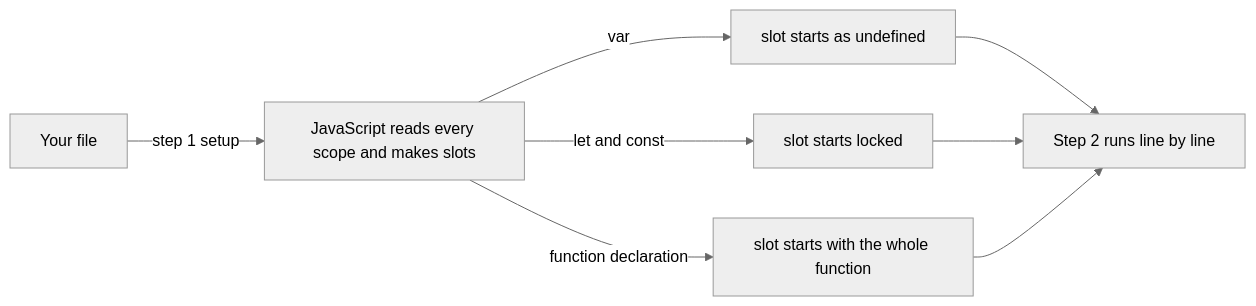
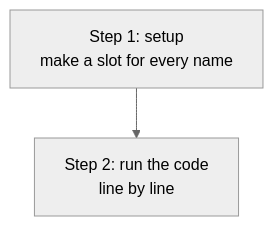
The first of 4 diagrams in learn/javascript/01-variables-scope-and-hoisting.md (starjustice/research-material), drawn with Mermaid (neutral theme) before and after one commit. The commit also changed other lines of this file, not shown here.

Commit message:
Reshape JavaScript lesson 01 (Variables, scope and hoisting) into short cards with guess bars and blue More detail bars

````diff
--- a/learn/javascript/01-variables-scope-and-hoisting.md
+++ b/learn/javascript/01-variables-scope-and-hoisting.md
@@ -26,10 +15,4 @@
 ```mermaid
-graph LR
-    A["Your file"] -->|step 1 setup| B["JavaScript reads every scope and makes slots"]
-    B -->|var| C["slot starts as undefined"]
-    B -->|let and const| D["slot starts locked"]
-    B -->|function declaration| E["slot starts with the whole function"]
-    C --> F["Step 2 runs line by line"]
-    D --> F
-    E --> F
+graph TB
+    A["Step 1: setup<br/>make a slot for every name"] --> B["Step 2: run the code<br/>line by line"]
 ```
````
